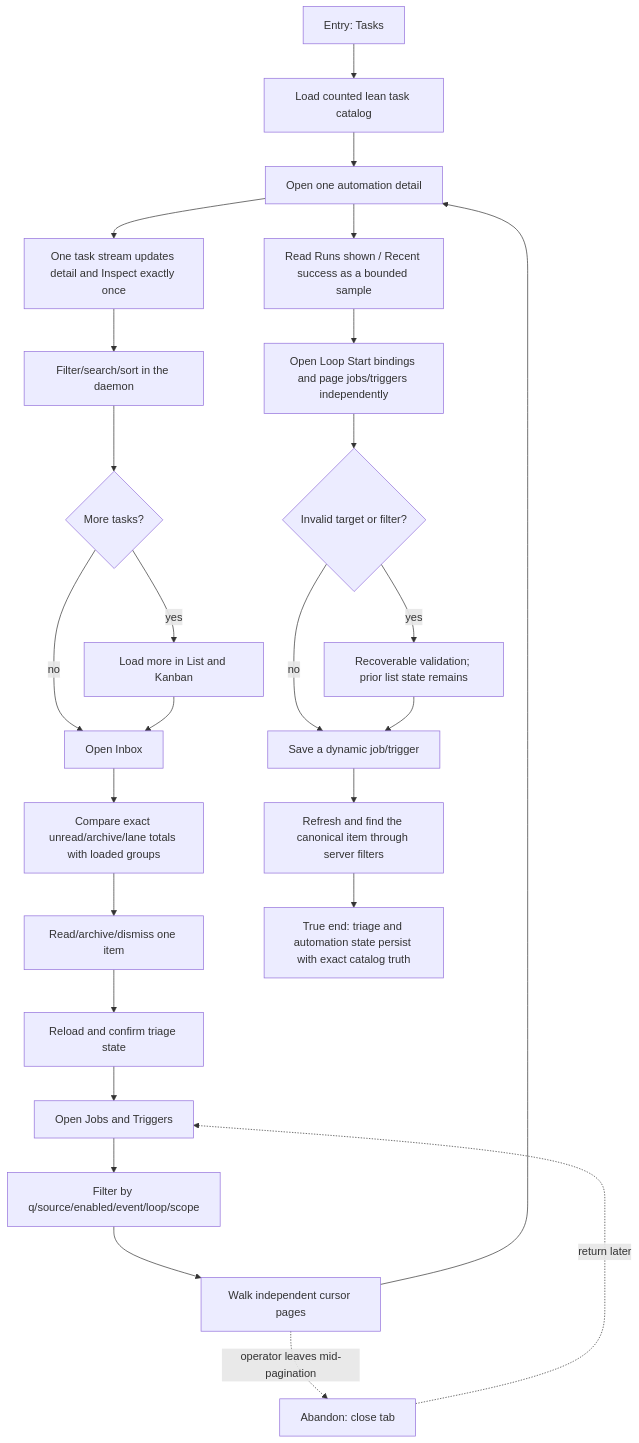
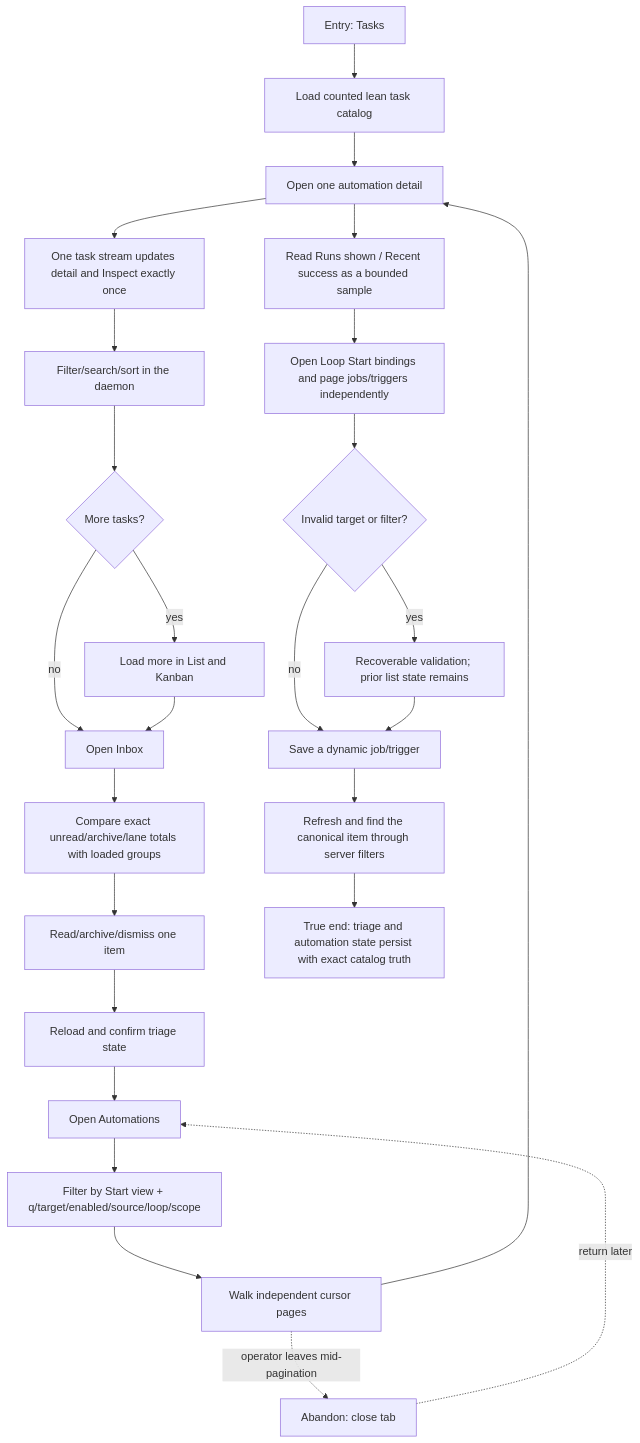
The diagram in docs/qa/journeys/J-24-triage-work-at-scale.md (compozy/compozy), drawn with Mermaid before and after one commit. The commit also changed other lines of this file and 474 other files, not shown here.

First line of the commit message:
feat: merge Jobs and Triggers into one Automations area (#709)

````diff
--- a/docs/qa/journeys/J-24-triage-work-at-scale.md
+++ b/docs/qa/journeys/J-24-triage-work-at-scale.md
@@ -5,28 +5,28 @@
 ```mermaid
 flowchart TD
     E[Entry: Tasks] --> L[Load counted lean task catalog]
     L --> D[Open a live task detail and its Inspect drawer]
     D --> U[One task stream updates detail and Inspect exactly once]
     U --> F[Filter/search/sort in the daemon]
     F --> P{More tasks?}
     P -->|yes| LM[Load more in List and Kanban]
     P -->|no| I[Open Inbox]
     LM --> I
     I --> C[Compare exact unread/archive/lane totals with loaded groups]
     C --> T[Read/archive/dismiss one item]
     T --> R[Reload and confirm triage state]
-    R --> A[Open Jobs and Triggers]
-    A --> AF[Filter by q/source/enabled/event/loop/scope]
+    R --> A[Open Automations]
+    A --> AF[Filter by Start view + q/target/enabled/source/loop/scope]
     AF --> AP[Walk independent cursor pages]
     AP --> D[Open one automation detail]
     D --> M[Read Runs shown / Recent success as a bounded sample]
     M --> B[Open Loop Start bindings and page jobs/triggers independently]
     B --> X{Invalid target or filter?}
     X -->|yes| ER[Recoverable validation; prior list state remains]
     X -->|no| S[Save a dynamic job/trigger]
     ER --> S
     S --> V[Refresh and find the canonical item through server filters]
     V --> TE[True end: triage and automation state persist with exact catalog truth]
     AP -.->|operator leaves mid-pagination| AB[Abandon: close tab]
     AB -.->|return later| A
 ```
````
